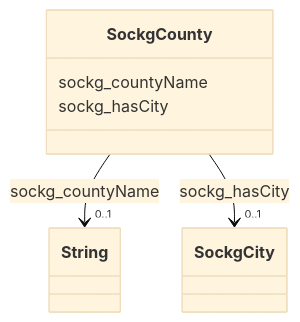
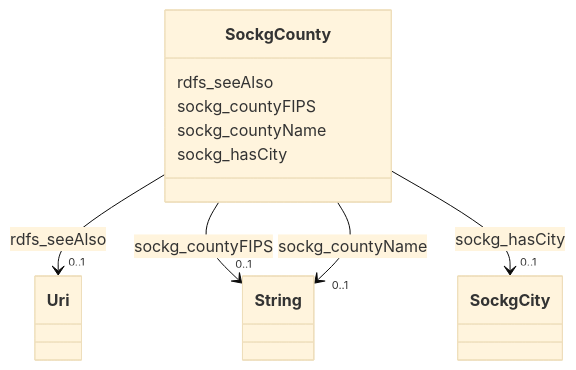
The diagram in soc-kg/classes/SockgCounty.md (frink-okn/graph-descriptions), drawn with Mermaid (base theme) before and after one commit. The commit also changed other lines of this file and 941 other files, not shown here.

````diff
--- a/soc-kg/classes/SockgCounty.md
+++ b/soc-kg/classes/SockgCounty.md
@@ -19,24 +23,42 @@
 ```mermaid
  classDiagram
     class SockgCounty
     click SockgCounty href "../SockgCounty"
+      SockgCounty : rdfs_seeAlso
+        
+          
+    
+    
+    SockgCounty --> "0..1" Uri : rdfs_seeAlso
+    click Uri href "../Uri"
+
+        
+      SockgCounty : sockg_countyFIPS
+        
+          
+    
+    
+    SockgCounty --> "0..1" String : sockg_countyFIPS
+    click String href "../String"
+
+        
       SockgCounty : sockg_countyName
         
           
     
     
     SockgCounty --> "0..1" String : sockg_countyName
     click String href "../String"
 
         
       SockgCounty : sockg_hasCity
         
           
     
     
     SockgCounty --> "0..1" SockgCity : sockg_hasCity
     click SockgCity href "../SockgCity"
 
         
       
 ```
````
